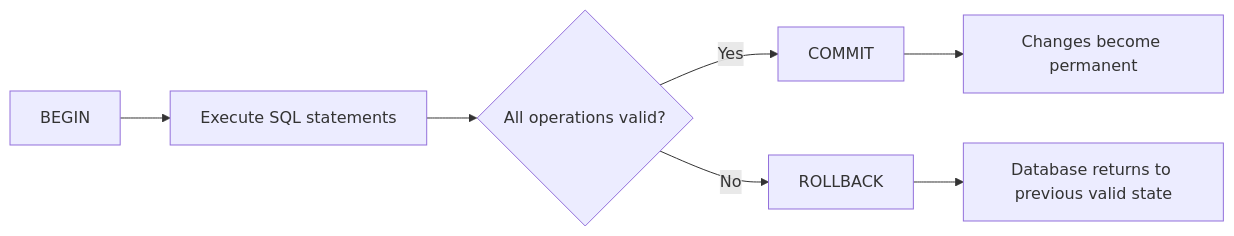
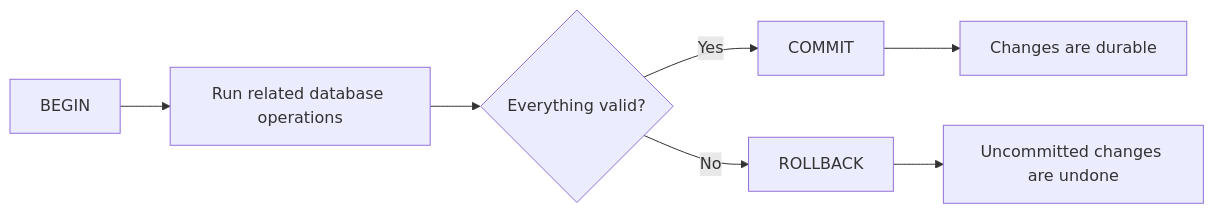
The first of 5 diagrams in src/content/databases/acid-properties.md (AvadhBhalodiya/Interview-Preparation), drawn with Mermaid before and after one commit. The commit also changed other lines of this file and 80 other files, not shown here.

````diff
--- a/src/content/databases/acid-properties.md
+++ b/src/content/databases/acid-properties.md
@@ -21,9 +20,9 @@
 ```mermaid
 flowchart LR
-    A[BEGIN] --> B[Execute SQL statements]
-    B --> C{All operations valid?}
-    C -- Yes --> D[COMMIT]
-    C -- No --> E[ROLLBACK]
-    D --> F[Changes become permanent]
-    E --> G[Database returns to previous valid state]
+    A[BEGIN] --> B[Run related database operations]
+    B --> C{Everything valid?}
+    C -->|Yes| D[COMMIT]
+    C -->|No| E[ROLLBACK]
+    D --> F[Changes are durable]
+    E --> G[Uncommitted changes are undone]
 ```
````
